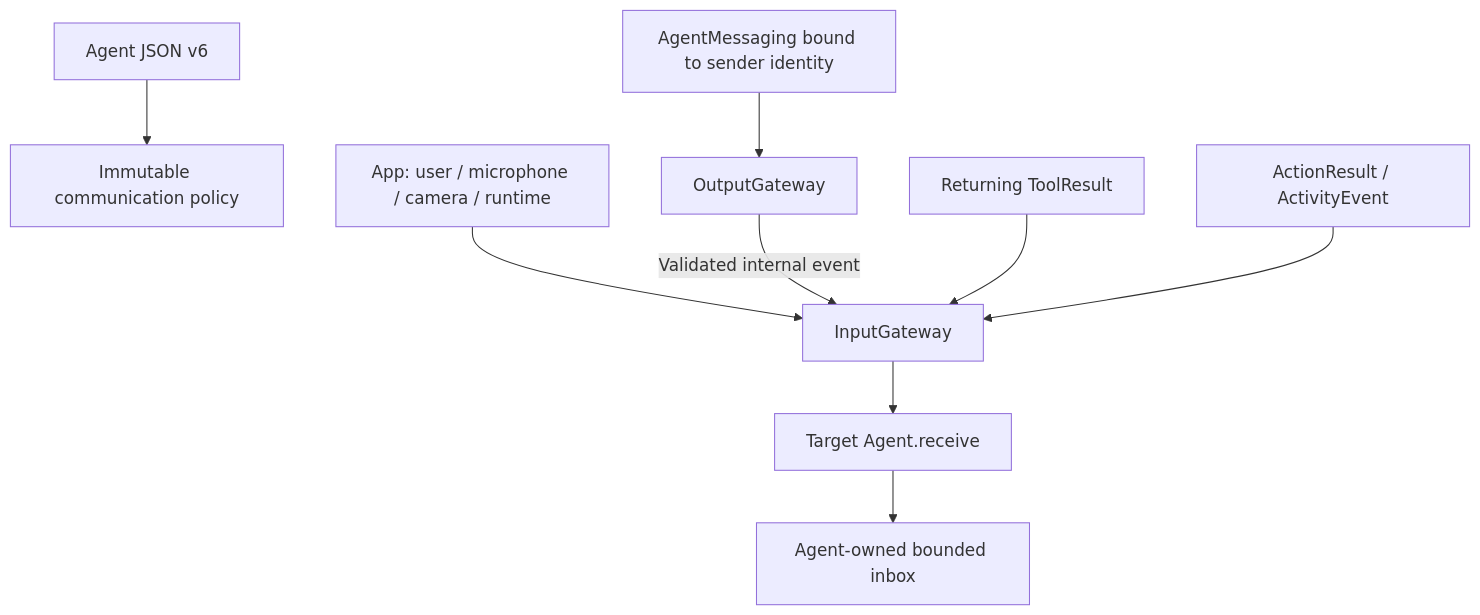
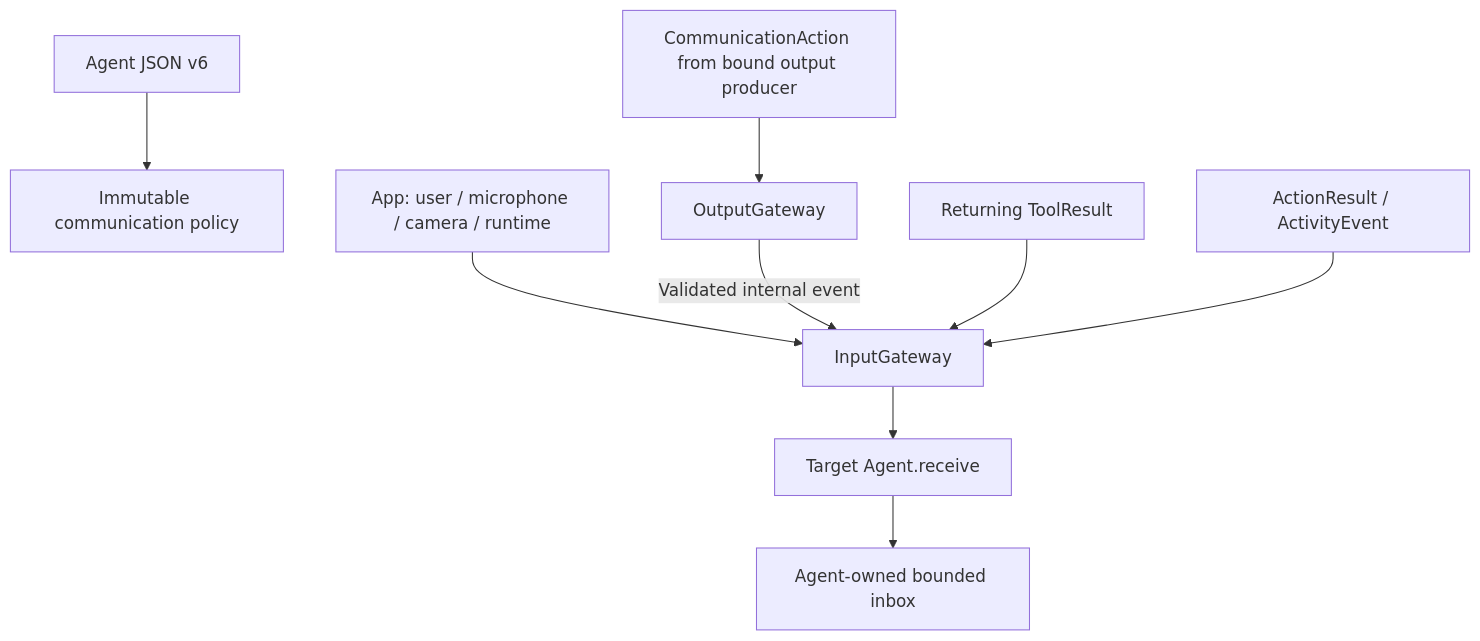
The fifth of 29 diagrams in MobileHarness/README.md (devilyouwei/MobileHarness), drawn with Mermaid before and after one commit. The commit also changed other lines of this file and 291 other files, not shown here.

First line of the commit message:
Refactor agent task ownership, communication and conversation presentation

````diff
--- a/MobileHarness/README.md
+++ b/MobileHarness/README.md
@@ -486,11 +485,11 @@
 ```mermaid
 flowchart TD
     Config[Agent JSON v6] --> Policy[Immutable communication policy]
     External[App: user / microphone / camera / runtime] --> Input[InputGateway]
-    Sender[AgentMessaging bound to sender identity] --> Output[OutputGateway]
+    Sender[CommunicationAction from bound output producer] --> Output[OutputGateway]
     Output -->|Validated internal event| Input
     Tool[Returning ToolResult] --> Input
     Runtime[ActionResult / ActivityEvent] --> Input
     Input --> Target[Target Agent.receive]
     Target --> Inbox[Agent-owned bounded inbox]
 ```
````
